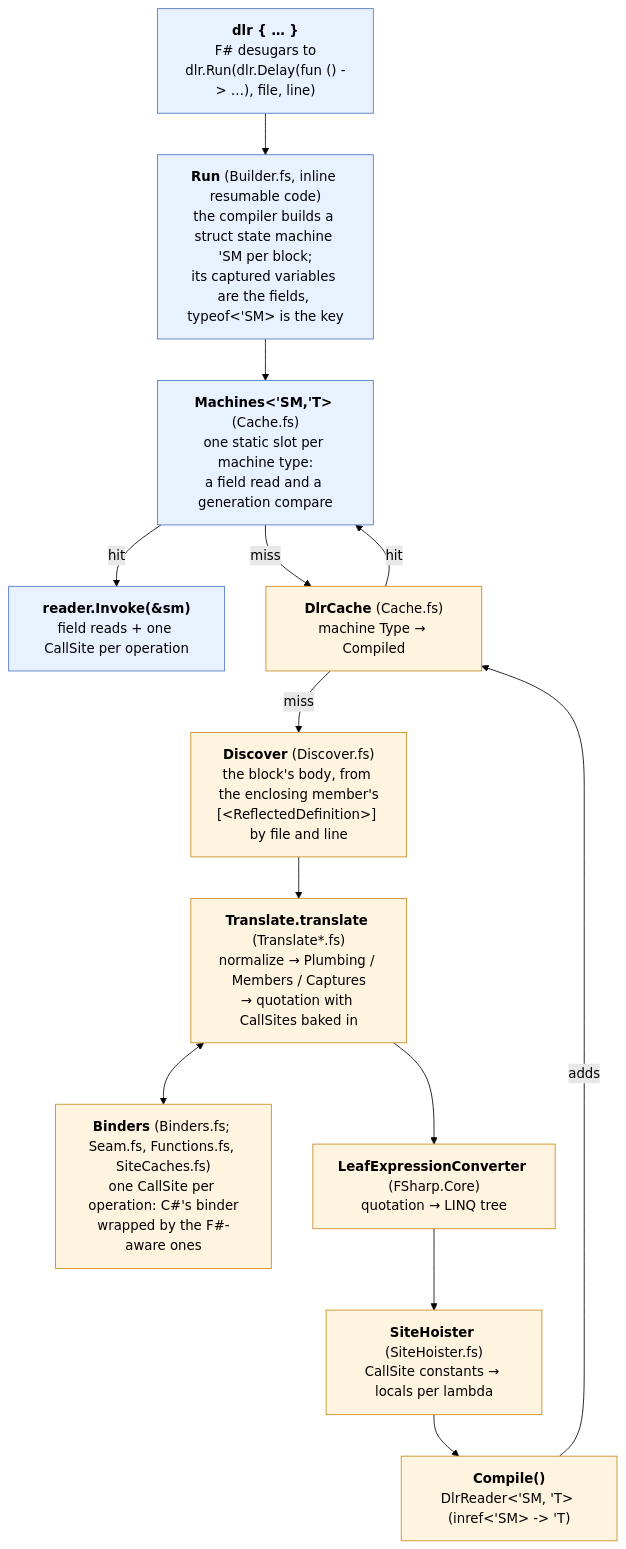
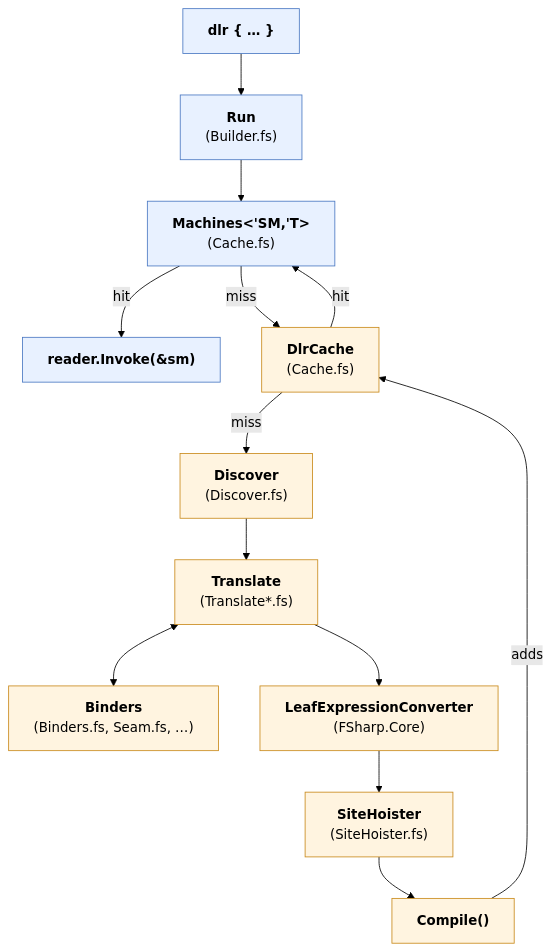
One commit to ekonbenefits/FSharp.Interop.Dlr changed the first of 3 diagrams in docs/pipeline.md. Above: the diagram before and after it, drawn with Mermaid (forest theme). The commit also changed other lines of this file and 1 other file, not shown here.

Commit message:
pipeline.md, caches.md: diagrams with names only, the detail in a list or the table
The pipeline flowchart's boxes held a paragraph each and the caches diagram ran
wide with small text; both now render at phone width (checked with
mermaid-cli). What the pipeline boxes said is a list under the diagram; the
caches' keys and values are already the table's.

````diff
--- a/docs/pipeline.md
+++ b/docs/pipeline.md
@@ -8,27 +8,27 @@
 ```mermaid
 flowchart TD
-    src["<b>dlr { … }</b><br/>F# desugars to<br/>dlr.Run(dlr.Delay(fun () -> …), file, line)"]
-    run["<b>Run</b> (Builder.fs, inline resumable code)<br/>the compiler builds a struct state machine 'SM per block;<br/>its captured variables are the fields, typeof&lt;'SM&gt; is the key"]
-    sites["<b>Machines&lt;'SM,'T&gt;</b> (Cache.fs)<br/>one static slot per machine type:<br/>a field read and a generation compare"]
-    invoke["<b>reader.Invoke(&amp;sm)</b><br/>field reads + one CallSite per operation"]
-    cache["<b>DlrCache</b> (Cache.fs)<br/>machine Type → Compiled"]
-    discover["<b>Discover</b> (Discover.fs)<br/>the block's body, from the enclosing member's<br/>[&lt;ReflectedDefinition&gt;] by file and line"]
-    translate["<b>Translate.translate</b> (Translate*.fs)<br/>normalize → Plumbing / Members / Captures<br/>→ quotation with CallSites baked in"]
-    binders["<b>Binders</b> (Binders.fs; Seam.fs, Functions.fs, SiteCaches.fs)<br/>one CallSite per operation: C#'s binder<br/>wrapped by the F#-aware ones"]
-    conv["<b>LeafExpressionConverter</b> (FSharp.Core)<br/>quotation → LINQ tree"]
-    hoist["<b>SiteHoister</b> (SiteHoister.fs)<br/>CallSite constants → locals per lambda"]
-    compile["<b>Compile()</b><br/>DlrReader&lt;'SM, 'T&gt; (inref&lt;'SM&gt; -> 'T)"]
+    src["<b>dlr { … }</b>"]
+    run["<b>Run</b><br/>(Builder.fs)"]
+    sites["<b>Machines&lt;'SM,'T&gt;</b><br/>(Cache.fs)"]
+    invoke["<b>reader.Invoke(&amp;sm)</b>"]
+    cache["<b>DlrCache</b><br/>(Cache.fs)"]
+    discover["<b>Discover</b><br/>(Discover.fs)"]
+    translate["<b>Translate</b><br/>(Translate*.fs)"]
+    binders["<b>Binders</b><br/>(Binders.fs, Seam.fs, …)"]
+    conv["<b>LeafExpressionConverter</b><br/>(FSharp.Core)"]
+    hoist["<b>SiteHoister</b><br/>(SiteHoister.fs)"]
+    compile["<b>Compile()</b>"]
 
     src --> run --> sites
     sites -- hit --> invoke
     sites -- miss --> cache
     cache -- miss --> discover --> translate
     translate <--> binders
     translate --> conv --> hoist --> compile -- adds --> cache
     cache -- hit --> sites
 
     classDef entry fill:#e8f1ff,stroke:#4a78c2
     classDef compileOnce fill:#fff4e0,stroke:#c98a1b
     class src,run,sites,invoke entry
     class cache,discover,translate,binders,conv,hoist,compile compileOnce
 ```
````
